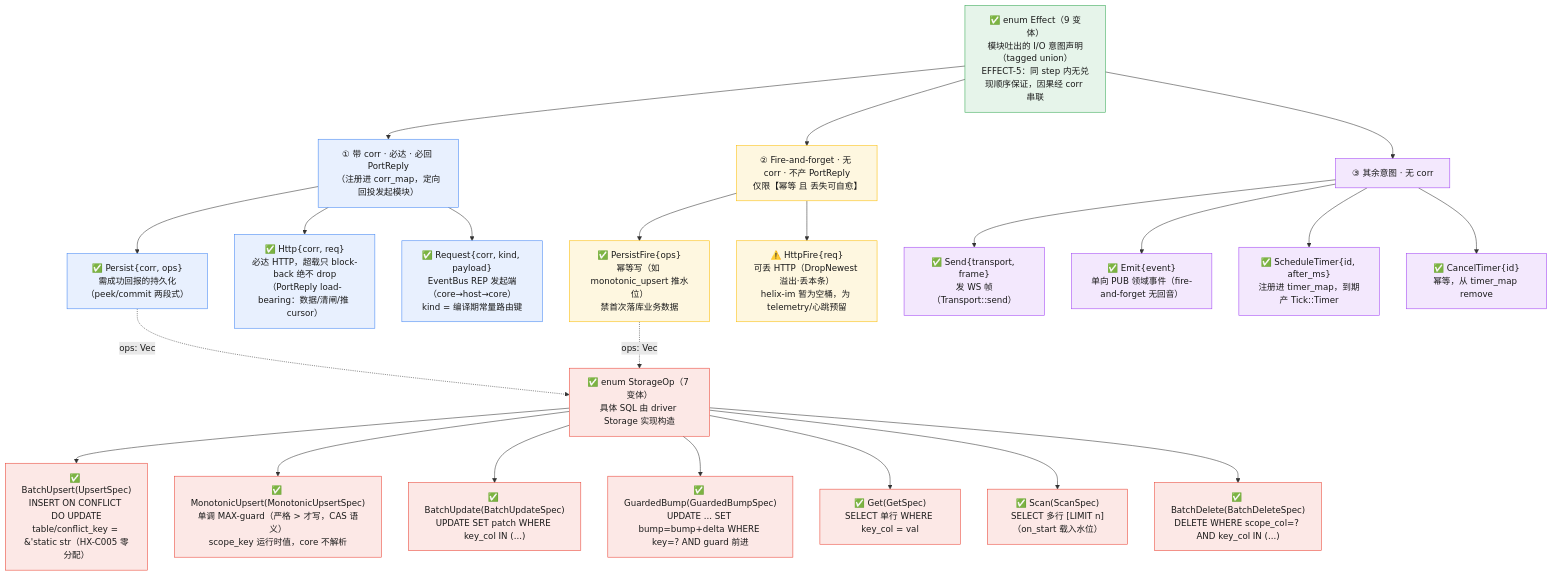
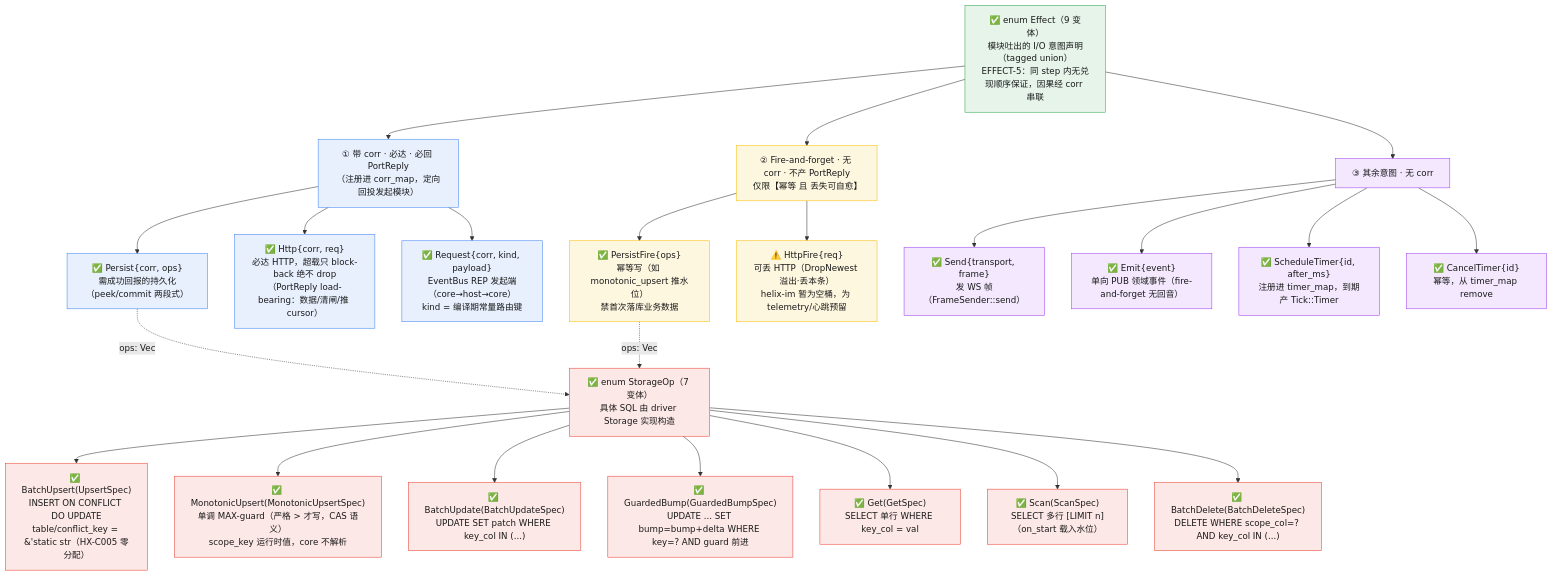
One commit to zxs1633079383/helix changed the diagram in crates/helix-core/docs/design/02-effect-storageop-taxonomy.mmd. Above: the diagram before and after it, drawn with Mermaid. The commit also changed 40 other files, not shown here.

First line of the commit message:
refactor(core): 收窄 WebSocket 端口为 FrameSender

```diff
--- a/crates/helix-core/docs/design/02-effect-storageop-taxonomy.mmd
+++ b/crates/helix-core/docs/design/02-effect-storageop-taxonomy.mmd
@@ -1,41 +1,41 @@
 %% helix-core — Effect / StorageOp 分类树
 %% 真源：src/effect.rs (enum Effect 9 变体 · enum StorageOp 7 变体)
 %% 关联：HX-C005(热路径零分配·&'static str) · HX-C007(Effect 跨边界批处理) · EFFECT-5(无序契约)
 flowchart TD
     classDef root fill:#e6f4ea,stroke:#34a853,color:#1a1a1a
     classDef must fill:#e8f0fe,stroke:#4285f4,color:#1a1a1a
     classDef fire fill:#fef7e0,stroke:#fbbc04,color:#1a1a1a
     classDef nocorr fill:#f3e8fd,stroke:#a142f4,color:#1a1a1a
     classDef op fill:#fce8e6,stroke:#ea4335,color:#1a1a1a
 
     ROOT["✅ enum Effect（9 变体）<br/>模块吐出的 I/O 意图声明（tagged union）<br/>EFFECT-5：同 step 内无兑现顺序保证，因果经 corr 串联"]:::root
 
     %% ── A 类：带 Correlation（必达 → 必产 PortReply）──
     ROOT --> A["① 带 corr · 必达 · 必回 PortReply<br/>（注册进 corr_map，定向回投发起模块）"]:::must
     A --> A1["✅ Persist{corr, ops}<br/>需成功回报的持久化（peek/commit 两段式）"]:::must
     A --> A2["✅ Http{corr, req}<br/>必达 HTTP，超载只 block-back 绝不 drop<br/>（PortReply load-bearing：数据/清闸/推 cursor）"]:::must
     A --> A3["✅ Request{corr, kind, payload}<br/>EventBus REP 发起端（core→host→core）<br/>kind = 编译期常量路由键"]:::must
 
     %% ── B 类：Fire-and-forget（无 corr · 不回 PortReply）──
     ROOT --> B["② Fire-and-forget · 无 corr · 不产 PortReply<br/>仅限【幂等 且 丢失可自愈】"]:::fire
     B --> B1["✅ PersistFire{ops}<br/>幂等写（如 monotonic_upsert 推水位）<br/>禁首次落库业务数据"]:::fire
     B --> B2["⚠️ HttpFire{req}<br/>可丢 HTTP（DropNewest 溢出·丢本条）<br/>helix-im 暂为空桶，为 telemetry/心跳预留"]:::fire
 
     %% ── C 类：无 corr 的其余意图 ──
     ROOT --> C["③ 其余意图 · 无 corr"]:::nocorr
-    C --> C1["✅ Send{transport, frame}<br/>发 WS 帧（Transport::send）"]:::nocorr
+    C --> C1["✅ Send{transport, frame}<br/>发 WS 帧（FrameSender::send）"]:::nocorr
     C --> C2["✅ Emit{event}<br/>单向 PUB 领域事件（fire-and-forget 无回音）"]:::nocorr
     C --> C3["✅ ScheduleTimer{id, after_ms}<br/>注册进 timer_map，到期产 Tick::Timer"]:::nocorr
     C --> C4["✅ CancelTimer{id}<br/>幂等，从 timer_map remove"]:::nocorr
 
     %% ── StorageOp 子树（Persist / PersistFire 的 ops 元素）──
     A1 -.->|"ops: Vec<StorageOp>"| SOP
     B1 -.->|"ops: Vec<StorageOp>"| SOP
     SOP["✅ enum StorageOp（7 变体）<br/>具体 SQL 由 driver Storage 实现构造"]:::op
     SOP --> S1["✅ BatchUpsert(UpsertSpec)<br/>INSERT ON CONFLICT DO UPDATE<br/>table/conflict_key = &'static str（HX-C005 零分配）"]:::op
     SOP --> S2["✅ MonotonicUpsert(MonotonicUpsertSpec)<br/>单调 MAX-guard（严格 > 才写，CAS 语义）<br/>scope_key 运行时值，core 不解析"]:::op
     SOP --> S3["✅ BatchUpdate(BatchUpdateSpec)<br/>UPDATE SET patch WHERE key_col IN (...)"]:::op
     SOP --> S4["✅ GuardedBump(GuardedBumpSpec)<br/>UPDATE ... SET bump=bump+delta WHERE key=? AND guard 前进"]:::op
     SOP --> S5["✅ Get(GetSpec)<br/>SELECT 单行 WHERE key_col = val"]:::op
     SOP --> S6["✅ Scan(ScanSpec)<br/>SELECT 多行 [LIMIT n]（on_start 载入水位）"]:::op
     SOP --> S7["✅ BatchDelete(BatchDeleteSpec)<br/>DELETE WHERE scope_col=? AND key_col IN (...)"]:::op
```
